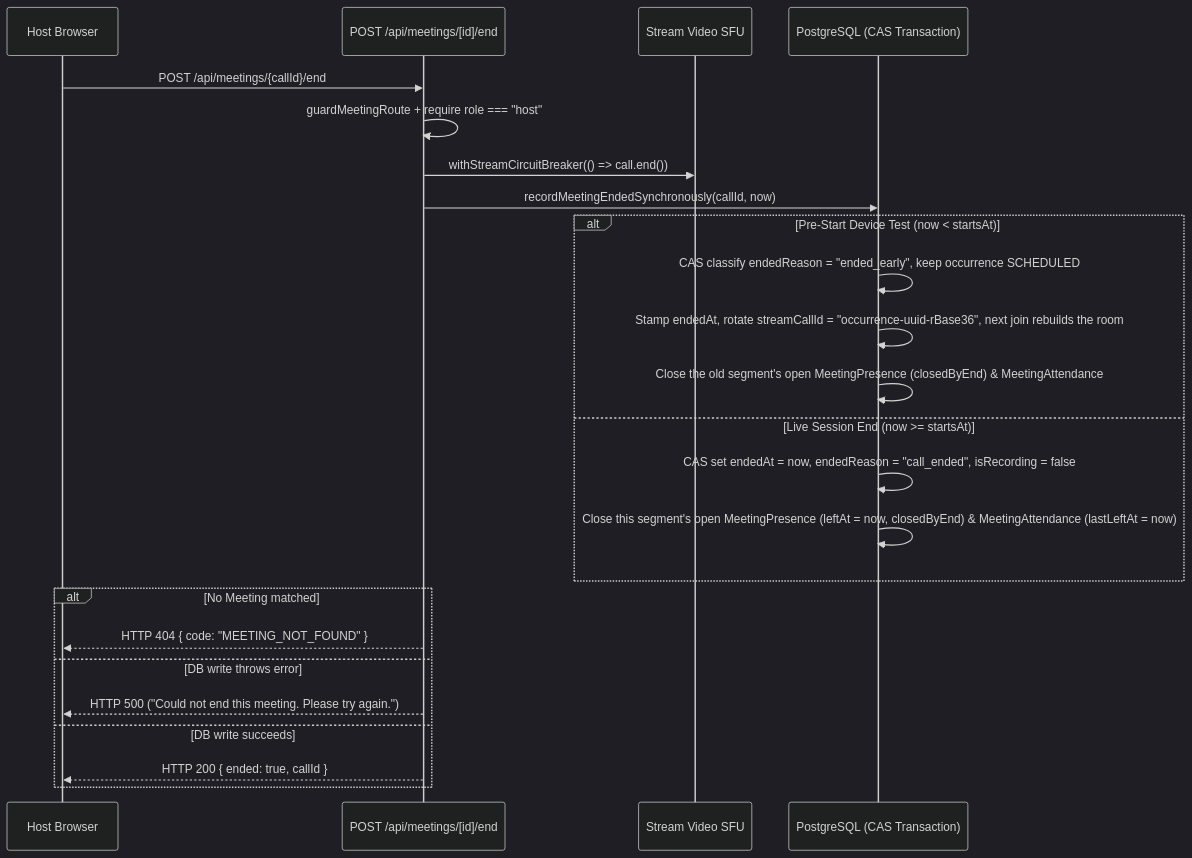
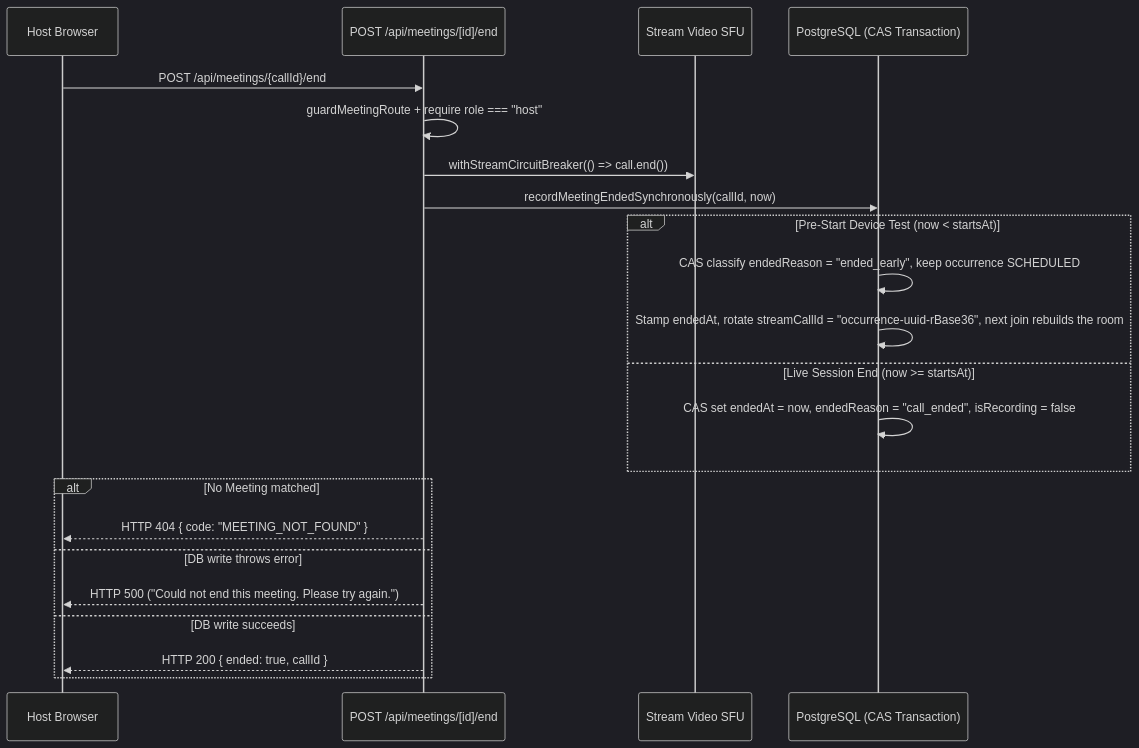
Before and after one commit to Practitionist/familiarise_web: the third of 3 diagrams in docs/stream/05-video-implementation.md, drawn with Mermaid (dark theme). The commit also changed other lines of this file and 19 other files, not shown here.

````diff
--- a/docs/stream/05-video-implementation.md
+++ b/docs/stream/05-video-implementation.md
@@ -106,27 +106,25 @@
 ```mermaid
 sequenceDiagram
     participant Host as Host Browser
     participant EndAPI as POST /api/meetings/[id]/end
     participant SFU as Stream Video SFU
     participant DB as PostgreSQL (CAS Transaction)
 
     Host->>EndAPI: POST /api/meetings/{callId}/end
     EndAPI->>EndAPI: guardMeetingRoute + require role === "host"
     EndAPI->>SFU: withStreamCircuitBreaker(() => call.end())
     EndAPI->>DB: recordMeetingEndedSynchronously(callId, now)
     alt Pre-Start Device Test (now < startsAt)
         DB->>DB: CAS classify endedReason = "ended_early", keep occurrence SCHEDULED
         DB->>DB: Stamp endedAt, rotate streamCallId = "occurrence-uuid-rBase36", next join rebuilds the room
-        DB->>DB: Close the old segment's open MeetingPresence (closedByEnd) & MeetingAttendance
     else Live Session End (now >= startsAt)
         DB->>DB: CAS set endedAt = now, endedReason = "call_ended", isRecording = false
-        DB->>DB: Close this segment's open MeetingPresence (leftAt = now, closedByEnd) & MeetingAttendance (lastLeftAt = now)
     end
     alt No Meeting matched
         EndAPI-->>Host: HTTP 404 { code: "MEETING_NOT_FOUND" }
     else DB write throws error
         EndAPI-->>Host: HTTP 500 ("Could not end this meeting. Please try again.")
     else DB write succeeds
         EndAPI-->>Host: HTTP 200 { ended: true, callId }
     end
 ```
````
